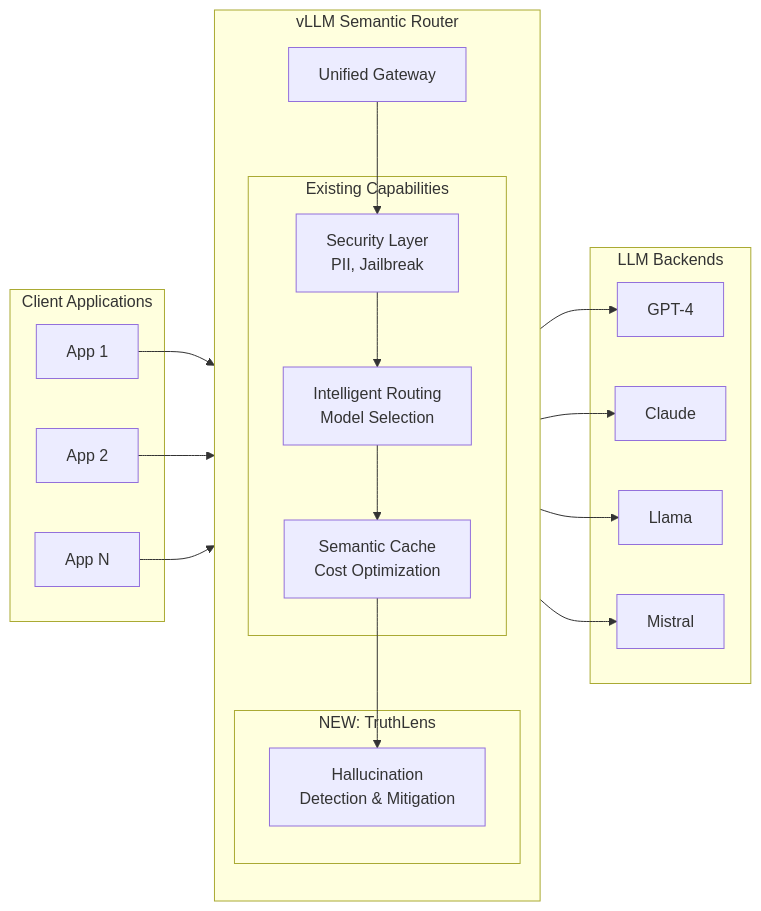
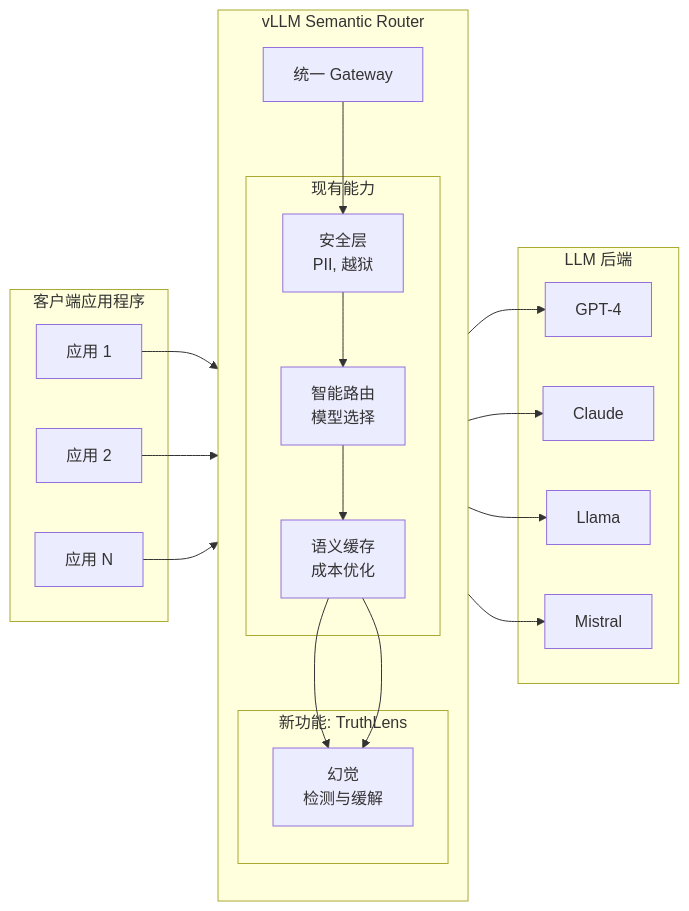
Before and after one commit to vllm-project/semantic-router: the second of 14 diagrams in website/i18n/zh-Hans/docusaurus-plugin-content-docs/current/proposals/hallucination-mitigation-milestone.md, drawn with Mermaid. The commit also changed other lines of this file and 7 other files, not shown here.

````diff
--- a/website/i18n/zh-Hans/docusaurus-plugin-content-docs/current/proposals/hallucination-mitigation-milestone.md
+++ b/website/i18n/zh-Hans/docusaurus-plugin-content-docs/current/proposals/hallucination-mitigation-milestone.md
@@ -72,44 +65,45 @@
 ```mermaid
 flowchart LR
-    subgraph "Client Applications"
-        APP1[App 1]
-        APP2[App 2]
-        APP3[App N]
+    subgraph "客户端应用程序"
+        APP1[应用 1]
+        APP2[应用 2]
+        APP3[应用 N]
     end
 
     subgraph "vLLM Semantic Router"
         direction TB
-        GW[Unified Gateway]
+        GW[统一 Gateway]
 
-        subgraph "Existing Capabilities"
-            SEC[Security Layer<br/>PII, Jailbreak]
-            ROUTE[Intelligent Routing<br/>Model Selection]
-            CACHE[Semantic Cache<br/>Cost Optimization]
+        subgraph "现有能力"
+            SEC[安全层<br/>PII, 越狱]
+            ROUTE[智能路由<br/>模型选择]
+            CACHE[语义缓存<br/>成本优化]
         end
 
-        subgraph "NEW: TruthLens"
-            HALL[Hallucination<br/>Detection & Mitigation]
+        subgraph "新功能: TruthLens"
+            HALL[幻觉<br/>检测与缓解]
         end
     end
 
-    subgraph "LLM Backends"
+    subgraph "LLM 后端"
         LLM1[GPT-4]
         LLM2[Claude]
         LLM3[Llama]
         LLM4[Mistral]
     end
 
     APP1 --> GW
     APP2 --> GW
     APP3 --> GW
 
     GW --> SEC
     SEC --> ROUTE
     ROUTE --> CACHE
     CACHE --> HALL
+    CACHE --> HALL
 
     HALL --> LLM1
     HALL --> LLM2
     HALL --> LLM3
     HALL --> LLM4
 ```
````
